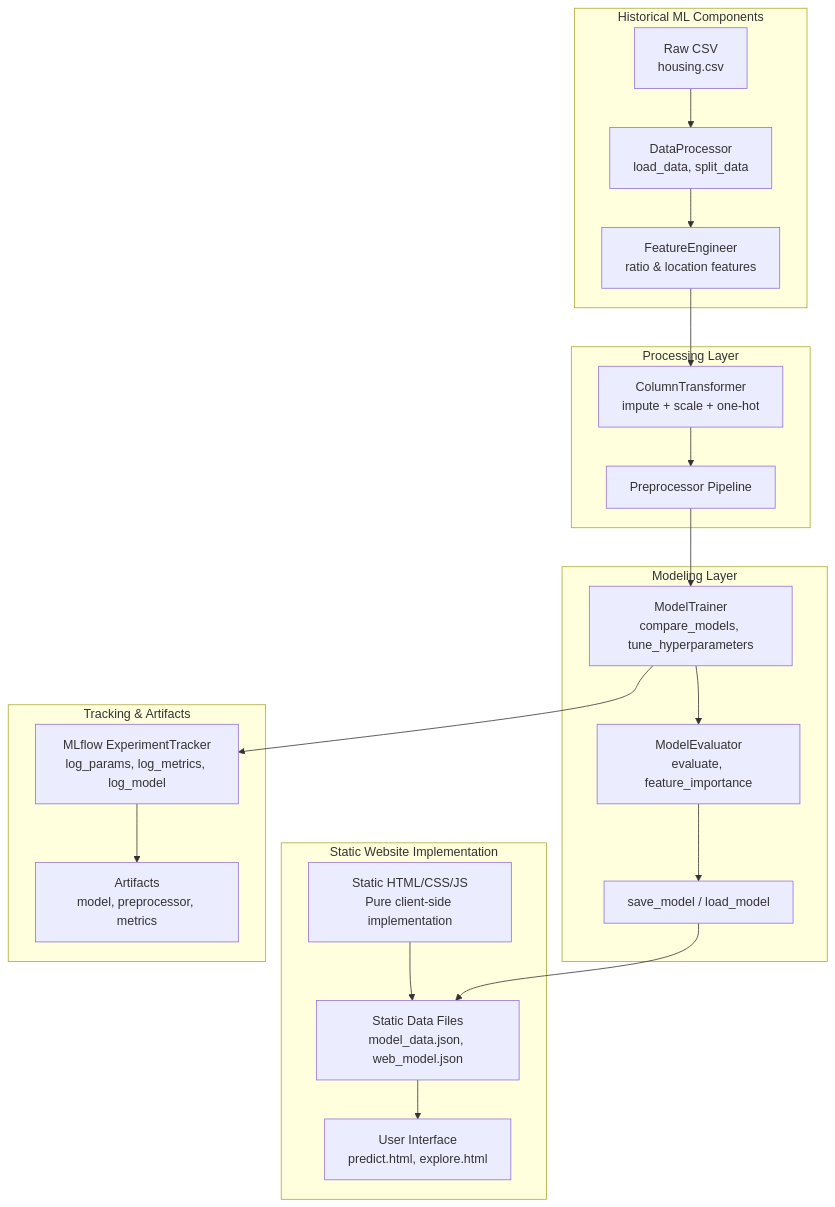
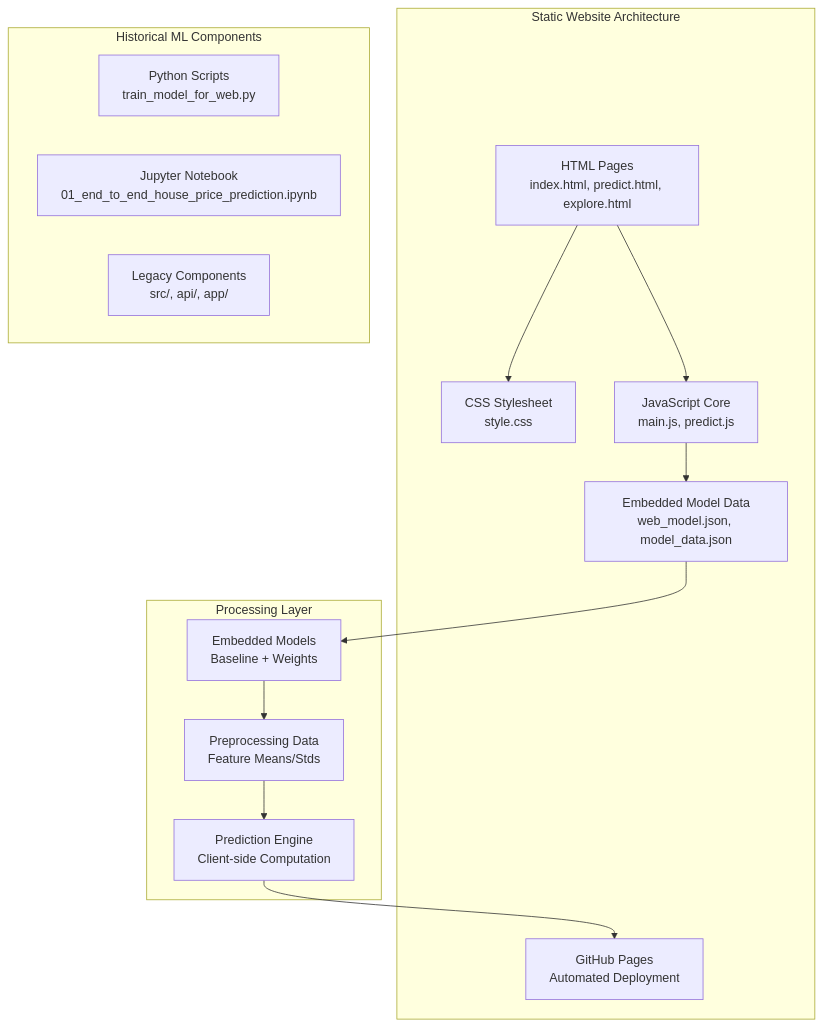
The first of 3 diagrams in .qoder/repowiki/en/content/Machine Learning Pipeline/Machine Learning Pipeline.md (tashkirrr/housing-price-prediction), drawn with Mermaid before and after one commit. The commit also changed other lines of this file and 5 other files, not shown here.

First line of the commit message:
docs(deployment): update Realteak deployment documentation and scripts

````diff
--- a/.qoder/repowiki/en/content/Machine Learning Pipeline/Machine Learning Pipeline.md
+++ b/.qoder/repowiki/en/content/Machine Learning Pipeline/Machine Learning Pipeline.md
@@ -55,31 +53,27 @@
 ```mermaid
 graph TB
-subgraph "Static Website Implementation"
-STATIC["Static HTML/CSS/JS<br/>Pure client-side implementation"]
-DATA["Static Data Files<br/>model_data.json, web_model.json"]
-ENDUSER["User Interface<br/>predict.html, explore.html"]
+subgraph "Static Website Architecture"
+HTML["HTML Pages<br/>index.html, predict.html, explore.html"]
+CSS["CSS Stylesheet<br/>style.css"]
+JS["JavaScript Core<br/>main.js, predict.js"]
+DATA["Embedded Model Data<br/>web_model.json, model_data.json"]
+GITHUB["GitHub Pages<br/>Automated Deployment"]
 end
 subgraph "Historical ML Components"
-RAW["Raw CSV<br/>housing.csv"]
-DP["DataProcessor<br/>load_data, split_data"]
-FE["FeatureEngineer<br/>ratio & location features"]
+PYTHON["Python Scripts<br/>train_model_for_web.py"]
+NOTEBOOK["Jupyter Notebook<br/>01_end_to_end_house_price_prediction.ipynb"]
+OLD["Legacy Components<br/>src/, api/, app/"]
 end
 subgraph "Processing Layer"
-CT["ColumnTransformer<br/>impute + scale + one-hot"]
-PRE["Preprocessor Pipeline"]
+EMBED["Embedded Models<br/>Baseline + Weights"]
+PREP["Preprocessing Data<br/>Feature Means/Stds"]
+CALC["Prediction Engine<br/>Client-side Computation"]
 end
-subgraph "Modeling Layer"
-MT["ModelTrainer<br/>compare_models, tune_hyperparameters"]
-ME["ModelEvaluator<br/>evaluate, feature_importance"]
-PERSIST["save_model / load_model"]
-end
-subgraph "Tracking & Artifacts"
-MLFLOW["MLflow ExperimentTracker<br/>log_params, log_metrics, log_model"]
-ART["Artifacts<br/>model, preprocessor, metrics"]
-end
-STATIC --> DATA
-DATA --> ENDUSER
-RAW --> DP --> FE --> CT --> PRE --> MT --> ME --> PERSIST
-MT --> MLFLOW --> ART
-PERSIST --> DATA
+HTML --> CSS
+HTML --> JS
+JS --> DATA
+DATA --> EMBED
+EMBED --> PREP
+PREP --> CALC
+CALC --> GITHUB
 ```
````
